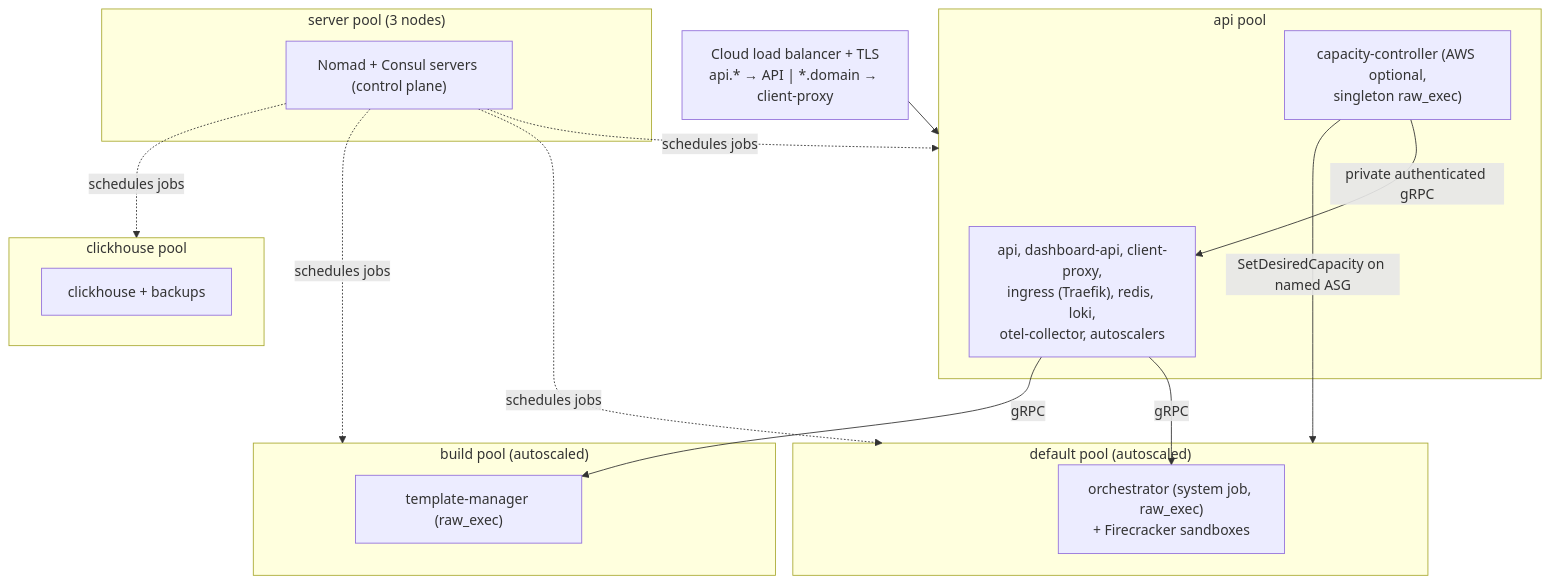
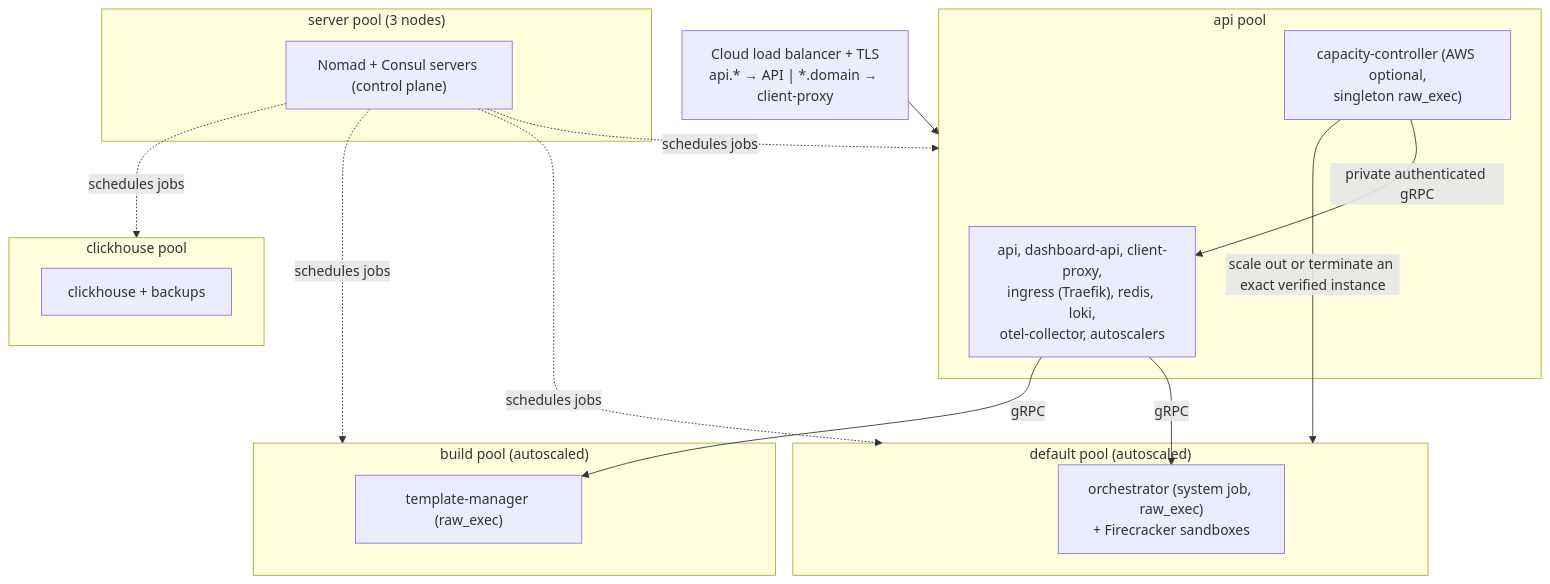
Before and after one commit to storyicon/e2b-infra: the sixth of 6 diagrams in docs/ARCHITECTURE.md, drawn with Mermaid. The commit also changed other lines of this file and 52 other files, not shown here.

Commit message:
feat(capacity-controller): add verified worker scale-in

````diff
--- a/docs/ARCHITECTURE.md
+++ b/docs/ARCHITECTURE.md
@@ -516,27 +528,27 @@
 ```mermaid
 flowchart TB
     LB["Cloud load balancer + TLS<br/>api.* → API | *.domain → client-proxy"]
 
     subgraph servers["server pool (3 nodes)"]
         NS["Nomad + Consul servers (control plane)"]
     end
     subgraph apipool["api pool"]
         AJ["api, dashboard-api, client-proxy,<br/>ingress (Traefik), redis, loki,<br/>otel-collector, autoscalers"]
         CCJ["capacity-controller (AWS optional,<br/>singleton raw_exec)"]
     end
     subgraph clientpool["default pool (autoscaled)"]
         OJ["orchestrator (system job, raw_exec)<br/>+ Firecracker sandboxes"]
     end
     subgraph buildpool["build pool (autoscaled)"]
         TJ["template-manager (raw_exec)"]
     end
     subgraph chpool["clickhouse pool"]
         CJ["clickhouse + backups"]
     end
 
     LB --> apipool
     AJ -->|gRPC| OJ & TJ
     CCJ -->|private authenticated gRPC| AJ
-    CCJ -->|SetDesiredCapacity on named ASG| clientpool
+    CCJ -->|scale out or terminate an exact verified instance| clientpool
     NS -.->|schedules jobs| apipool & clientpool & buildpool & chpool
 ```
````
